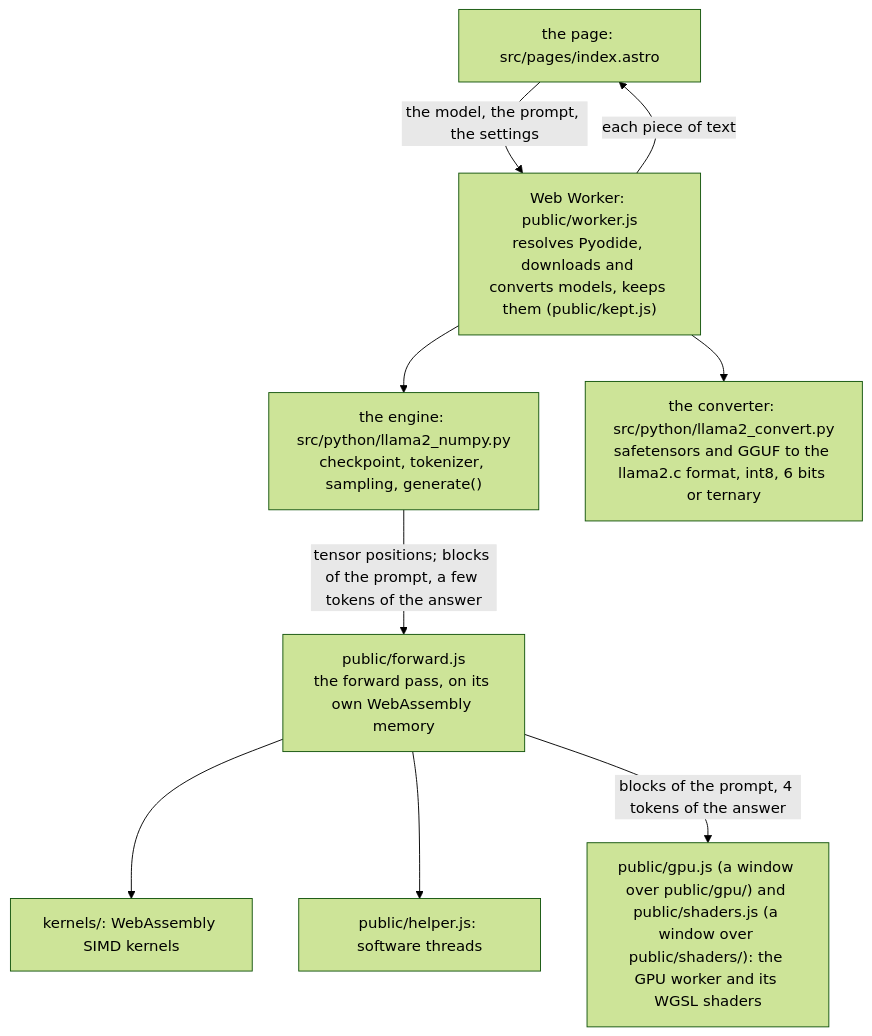
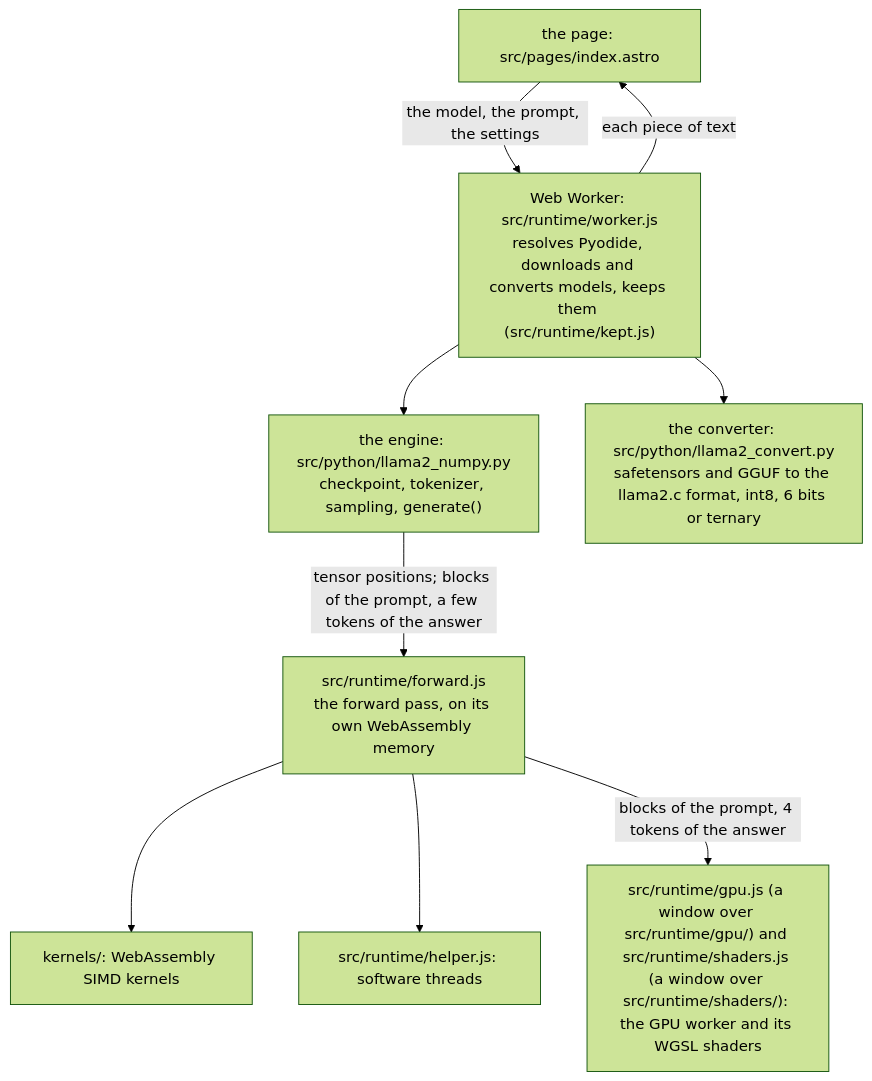
The diagram in docs/architecture.md (takano32/pyodide-llm), drawn with Mermaid (forest theme) before and after one commit. The commit also changed other lines of this file and 4 other files, not shown here.

````diff
--- a/docs/architecture.md
+++ b/docs/architecture.md
@@ -8,19 +8,19 @@
 ```mermaid
 flowchart TD
   page["the page: src/pages/index.astro"]
-  worker["Web Worker: public/worker.js<br/>resolves Pyodide, downloads and converts models, keeps them (public/kept.js)"]
+  worker["Web Worker: src/runtime/worker.js<br/>resolves Pyodide, downloads and converts models, keeps them (src/runtime/kept.js)"]
   engine["the engine: src/python/llama2_numpy.py<br/>checkpoint, tokenizer, sampling, generate()"]
   convert["the converter: src/python/llama2_convert.py<br/>safetensors and GGUF to the llama2.c format, int8, 6 bits or ternary"]
-  forward["public/forward.js<br/>the forward pass, on its own WebAssembly memory"]
+  forward["src/runtime/forward.js<br/>the forward pass, on its own WebAssembly memory"]
   kernels["kernels/: WebAssembly SIMD kernels"]
-  helper["public/helper.js: software threads"]
-  gpu["public/gpu.js (a window over public/gpu/) and public/shaders.js (a window over public/shaders/): the GPU worker and its WGSL shaders"]
+  helper["src/runtime/helper.js: software threads"]
+  gpu["src/runtime/gpu.js (a window over src/runtime/gpu/) and src/runtime/shaders.js (a window over src/runtime/shaders/): the GPU worker and its WGSL shaders"]
   page -- "the model, the prompt, the settings" --> worker
   worker -- "each piece of text" --> page
   worker --> engine
   worker --> convert
   engine -- "tensor positions; blocks of the prompt, a few tokens of the answer" --> forward
   forward --> kernels
   forward --> helper
   forward -- "blocks of the prompt, 4 tokens of the answer" --> gpu
 ```
````
